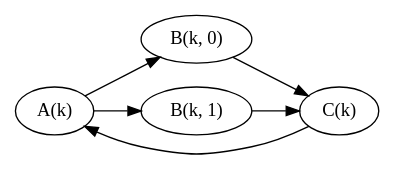
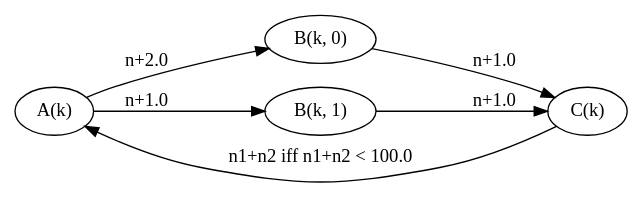
One commit to TESSEorg/ttg changed the diagram in doc/dox/user/iterative.dot. Above: the diagram before and after it, drawn with Graphviz. The commit also changed 8 other files, not shown here.

```diff
--- a/doc/dox/user/iterative.dot
+++ b/doc/dox/user/iterative.dot
@@ -1,15 +1,15 @@
 digraph G {
   rankdir="LR";
   subgraph simple {
     { rank="same"; A [label="A(k)"]; }
     { rank="same";
       B0 [label="B(k, 0)"];
       B1 [label="B(k, 1)"]; }
     { rank="same"; C [label="C(k)"]; }
-    A -> B1;
-    A -> B0;
-    B0 -> C;
-    B1 -> C;
+    A -> B1 [label="n+1.0"];
+    A -> B0 [label="n+2.0"];
+    B0 -> C [label="n+1.0"];
+    B1 -> C [label="n+1.0"];
   }
-  C -> A;
+  C -> A [label="n1+n2 iff n1+n2 < 100.0"];
 }
```
